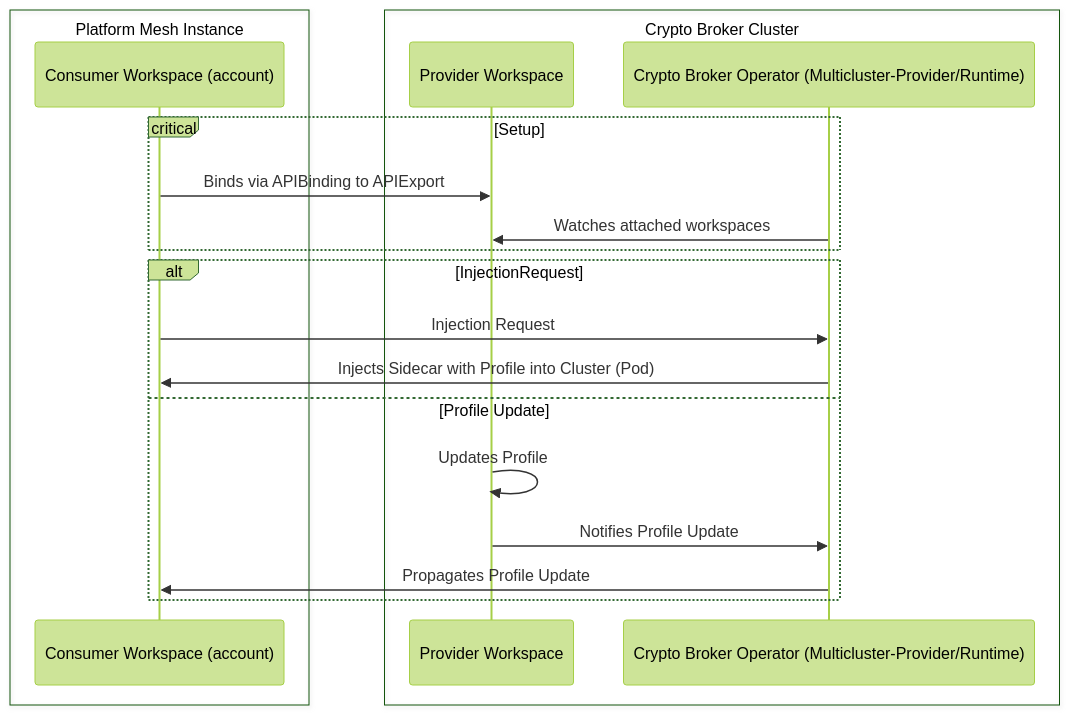
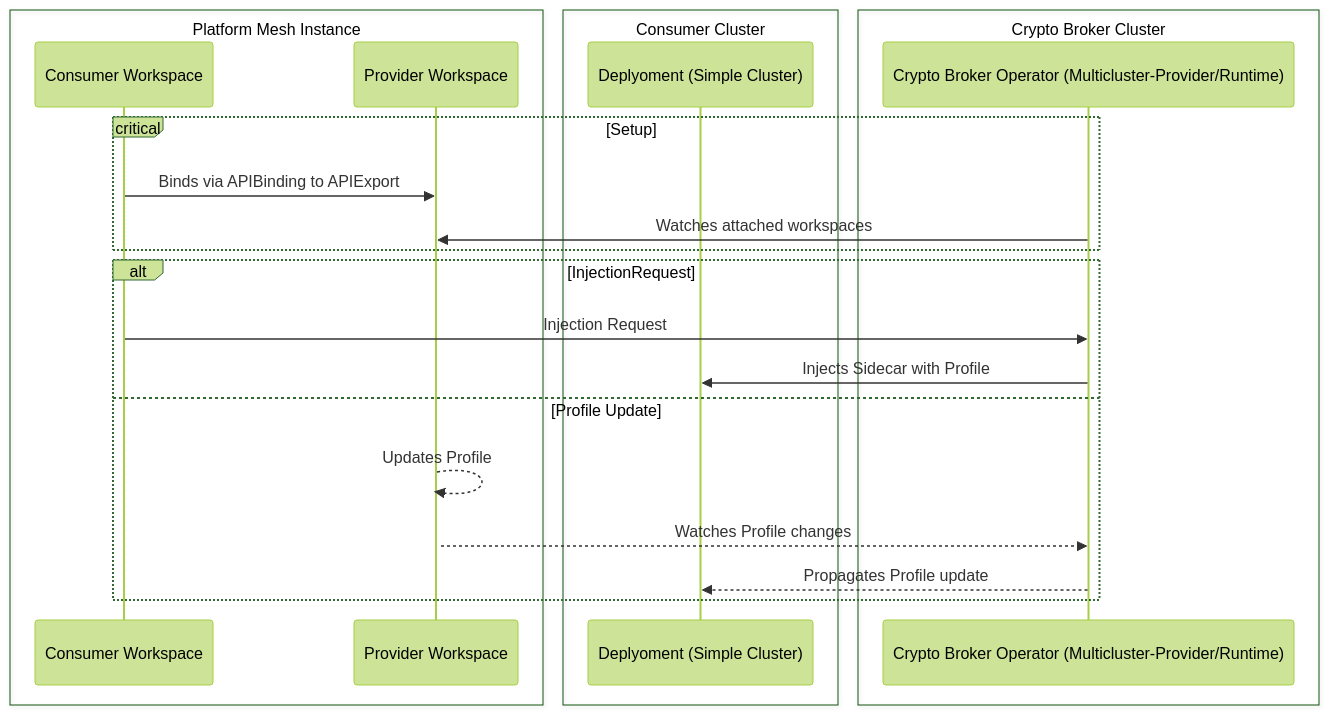
One commit to open-crypto-broker/crypto-broker-platform-mesh changed the diagram in docs/Crypto-Broker-Multicluster-Platform-Mesh.md. Above: the diagram before and after it, drawn with Mermaid (forest theme). The commit also changed other lines of this file, not shown here.

````diff
--- a/docs/Crypto-Broker-Multicluster-Platform-Mesh.md
+++ b/docs/Crypto-Broker-Multicluster-Platform-Mesh.md
@@ -74,25 +79,29 @@
 ```mermaid
 sequenceDiagram
     box Platform Mesh Instance
-    participant A as Consumer Workspace (account)
+    participant A as Consumer Workspace
+    participant B as Provider Workspace
+    end
+
+    box Consumer Cluster
+    participant D as Deplyoment (Simple Cluster)
     end
 
     box Crypto Broker Cluster
-    participant B as Provider Workspace
     participant C as Crypto Broker Operator (Multicluster-Provider/Runtime)
     end
 
     critical Setup
     A->>B: Binds via APIBinding to APIExport
     C->>B: Watches attached workspaces
     end
 
     alt InjectionRequest
     A->>C: Injection Request
-    C->>A: Injects Sidecar with Profile into Cluster (Pod)
+    C->>D: Injects Sidecar with Profile
     else Profile Update
-    B->>B: Updates Profile
-    B->>C: Notifies Profile Update
-    C->>A: Propagates Profile Update
+    B-->>+B: Updates Profile
+    B-->>C: Watches Profile changes
+    C-->>D: Propagates Profile update
     end
 ```
````
